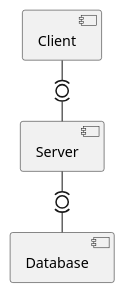
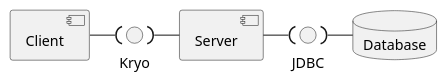
One commit to UNEsestudio/cosc220-sync-lectures changed the ninth of 11 diagrams in classmodelling/program.wsd. Above: the diagram before and after it, drawn with PlantUML. The commit also changed other lines of this file and 12 other files, not shown here.

```diff
--- a/classmodelling/program.wsd
+++ b/classmodelling/program.wsd
@@ -517,8 +517,17 @@
 @startuml debug1
-component Client
+component Client 
+
+interface Kryo
+
 component Server
-component Database
 
-Client -(0)- Server
-Server -(0)- Database
+interface JDBC
+
+database Database
+
+
+Client -( Kryo
+Kryo )- Server
+Server -( JDBC
+JDBC )- Database
 @enduml
```
